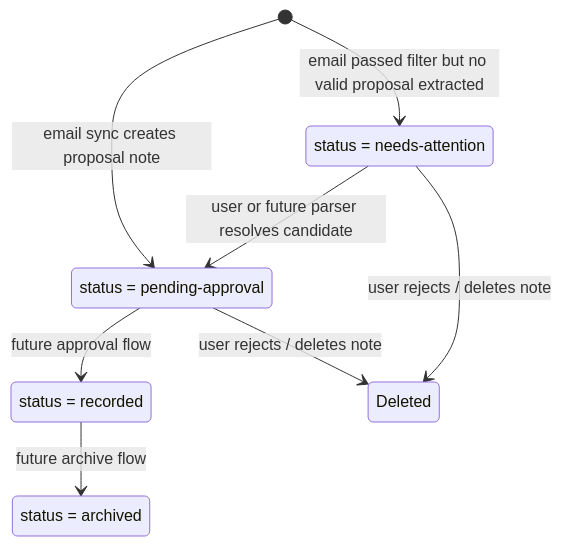
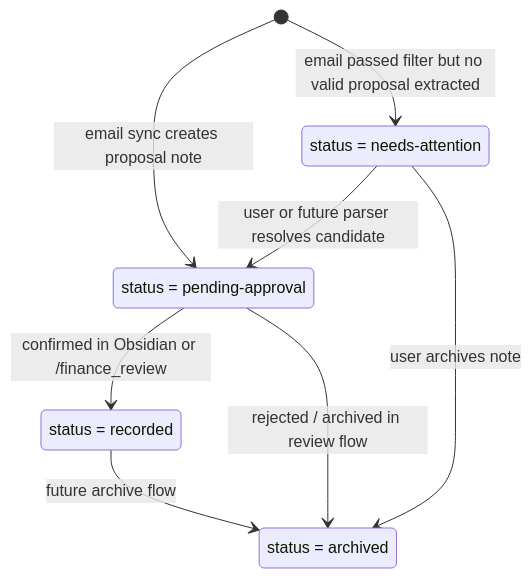
Diagram 13 of 15 in docs/email-finance-intake-architecture.md (Xoanis/obsidian-expense-manager), drawn with Mermaid before and after one commit. The commit also changed other lines of this file and 2 other files, not shown here.

````diff
--- a/docs/email-finance-intake-architecture.md
+++ b/docs/email-finance-intake-architecture.md
@@ -603,14 +634,14 @@
 ```mermaid
 stateDiagram-v2
     [*] --> Pending : email sync creates proposal note
     [*] --> NeedsAttention : email passed filter but no valid proposal extracted
     Pending : status = pending-approval
     NeedsAttention : status = needs-attention
-    Pending --> Recorded : future approval flow
-    Pending --> Deleted : user rejects / deletes note
+    Pending --> Recorded : confirmed in Obsidian or /finance_review
+    Pending --> Archived : rejected / archived in review flow
     NeedsAttention --> Pending : user or future parser resolves candidate
-    NeedsAttention --> Deleted : user rejects / deletes note
+    NeedsAttention --> Archived : user archives note
     Recorded : status = recorded
     Recorded --> Archived : future archive flow
     Archived : status = archived
 ```
````
